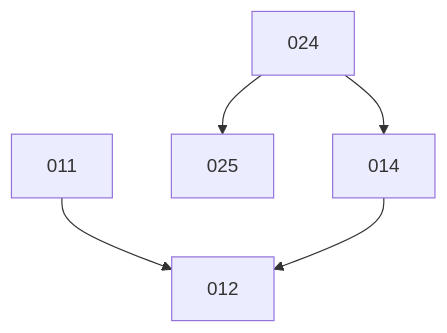
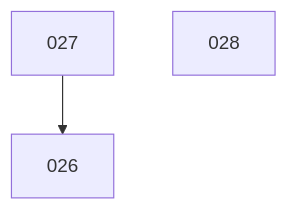
The diagram in slices/DAG.md (pvginkel/AnsibleSpecs), drawn with Mermaid before and after one commit. The commit also changed other lines of this file, not shown here.

````diff
--- a/slices/DAG.md
+++ b/slices/DAG.md
@@ -39,7 +35,5 @@
 ```mermaid
 graph TD
-  024 --> 014
-  024 --> 025
-  011 --> 012
-  014 --> 012
+  027 --> 026
+  028
 ```
````
